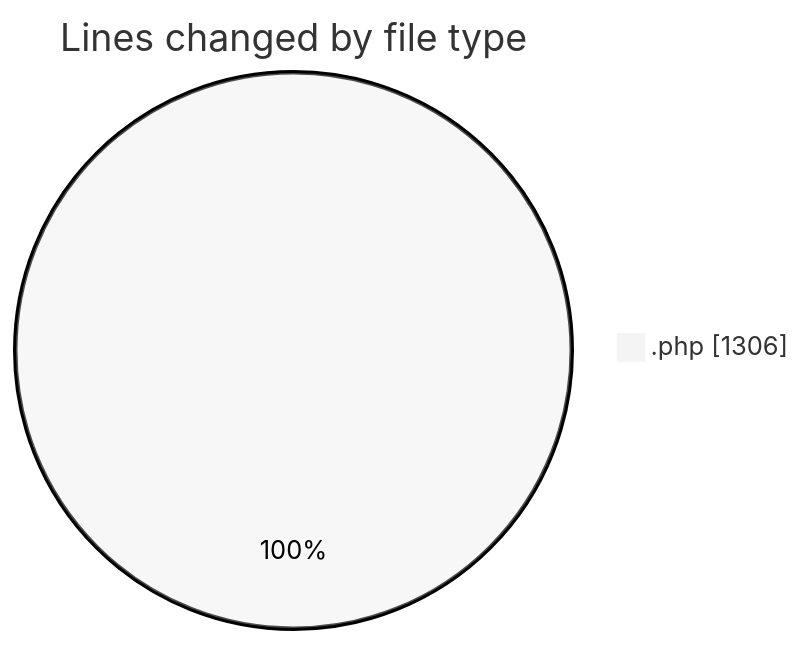
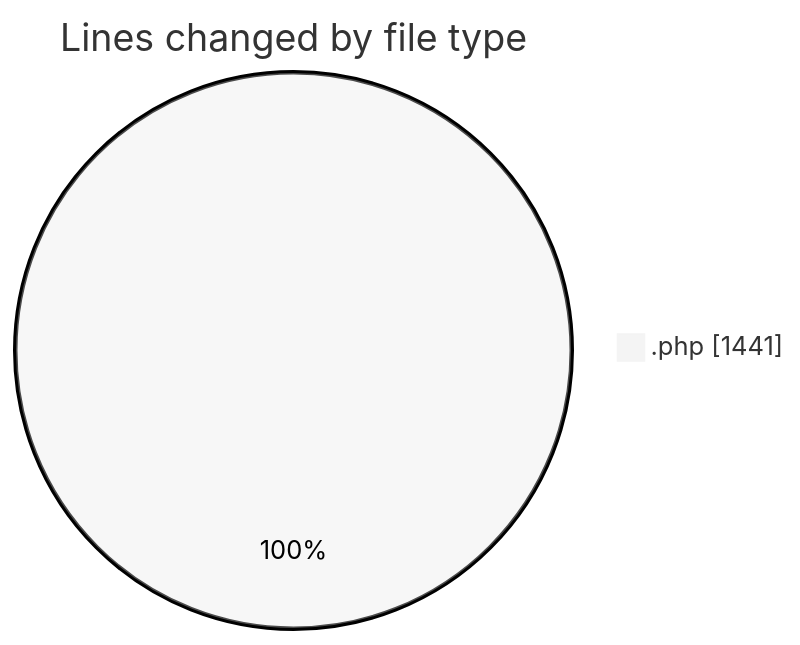
One commit to LanceThiago/code-tracking changed the first of 2 diagrams in 2025-10-03/totem2/README.md. Above: the diagram before and after it, drawn with Mermaid (neutral theme). The commit also changed other lines of this file and 1 other file, not shown here.

````diff
--- a/2025-10-03/totem2/README.md
+++ b/2025-10-03/totem2/README.md
@@ -23,5 +23,5 @@
 ```mermaid
 pie showData
 title Lines changed by file type
-".php" : 1306
+".php" : 1441
 ```
````
